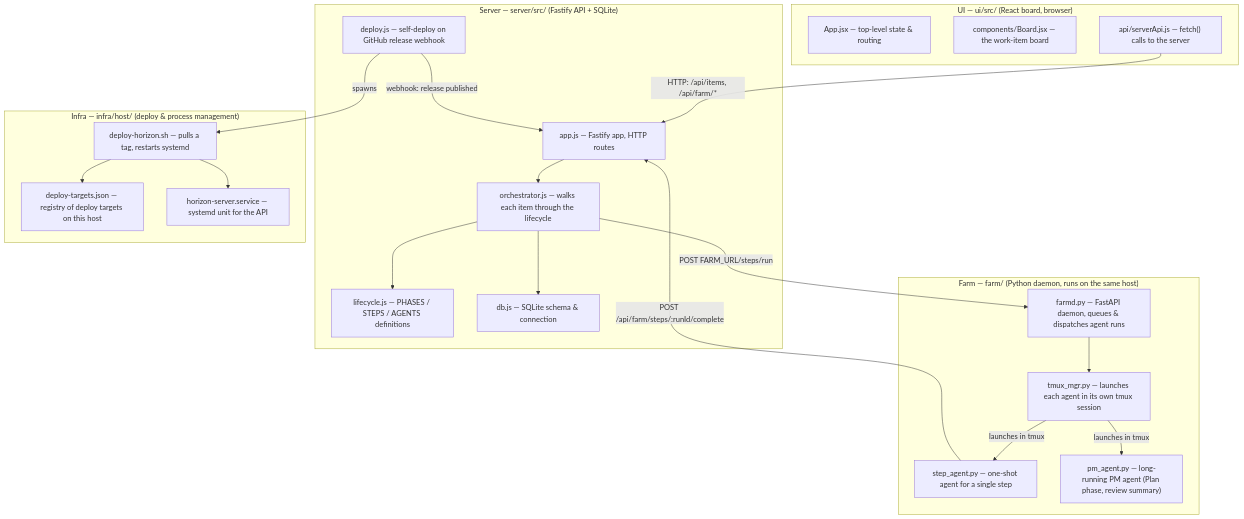
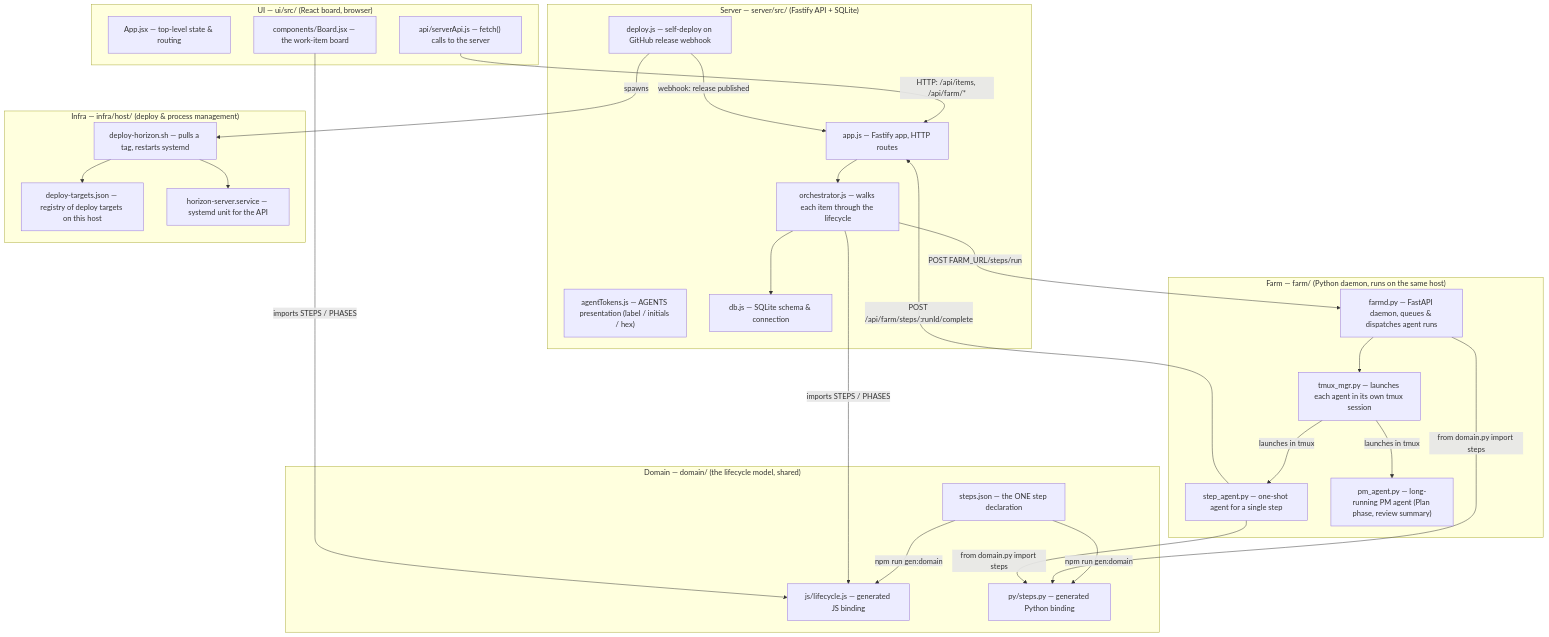
One commit to FinTekkers/horizon changed the first of 2 diagrams in docs/architecture.md. Above: the diagram before and after it, drawn with Mermaid. The commit also changed other lines of this file and 97 other files, not shown here.

Commit message:
HZ-128: One domain folder: JSON is the source of truth, bindings are generated, consumers import it (Horizon Eng agent)

````diff
--- a/docs/architecture.md
+++ b/docs/architecture.md
@@ -10,43 +10,54 @@
 ```mermaid
 graph TD
+    subgraph DOMAIN["Domain — domain/ (the lifecycle model, shared)"]
+        DSrc["steps.json — the ONE step declaration"]
+        DJs["js/lifecycle.js — generated JS binding"]
+        DPy["py/steps.py — generated Python binding"]
+    end
+
     subgraph UI["UI — ui/src/ (React board, browser)"]
         UIApp["App.jsx — top-level state & routing"]
         UIBoard["components/Board.jsx — the work-item board"]
         UIApi["api/serverApi.js — fetch() calls to the server"]
     end
 
     subgraph SERVER["Server — server/src/ (Fastify API + SQLite)"]
         SApp["app.js — Fastify app, HTTP routes"]
         SOrch["orchestrator.js — walks each item through the lifecycle"]
-        SLife["lifecycle.js — PHASES / STEPS / AGENTS definitions"]
+        SAgents["agentTokens.js — AGENTS presentation (label / initials / hex)"]
         SDb["db.js — SQLite schema & connection"]
         SDeploy["deploy.js — self-deploy on GitHub release webhook"]
     end
 
     subgraph FARM["Farm — farm/ (Python daemon, runs on the same host)"]
         FDaemon["farmd.py — FastAPI daemon, queues & dispatches agent runs"]
         FTmux["tmux_mgr.py — launches each agent in its own tmux session"]
         FStep["step_agent.py — one-shot agent for a single step"]
         FPm["pm_agent.py — long-running PM agent (Plan phase, review summary)"]
     end
 
     subgraph INFRA["Infra — infra/host/ (deploy & process management)"]
         IDeploy["deploy-horizon.sh — pulls a tag, restarts systemd"]
         ITargets["deploy-targets.json — registry of deploy targets on this host"]
         ISystemd["horizon-server.service — systemd unit for the API"]
     end
 
+    DSrc -->|"npm run gen:domain"| DJs
+    DSrc -->|"npm run gen:domain"| DPy
     UIApi -->|"HTTP: /api/items, /api/farm/*"| SApp
     SApp --> SOrch
-    SOrch --> SLife
+    SOrch -->|"imports STEPS / PHASES"| DJs
+    UIBoard -->|"imports STEPS / PHASES"| DJs
+    FDaemon -->|"from domain.py import steps"| DPy
+    FStep -->|"from domain.py import steps"| DPy
     SOrch --> SDb
     SOrch -->|"POST FARM_URL/steps/run"| FDaemon
     FDaemon --> FTmux
     FTmux -->|"launches in tmux"| FStep
     FTmux -->|"launches in tmux"| FPm
     FStep -->|"POST /api/farm/steps/:runId/complete"| SApp
     SDeploy -->|"webhook: release published"| SApp
     SDeploy -->|"spawns"| IDeploy
     IDeploy --> ITargets
     IDeploy --> ISystemd
 ```
````
